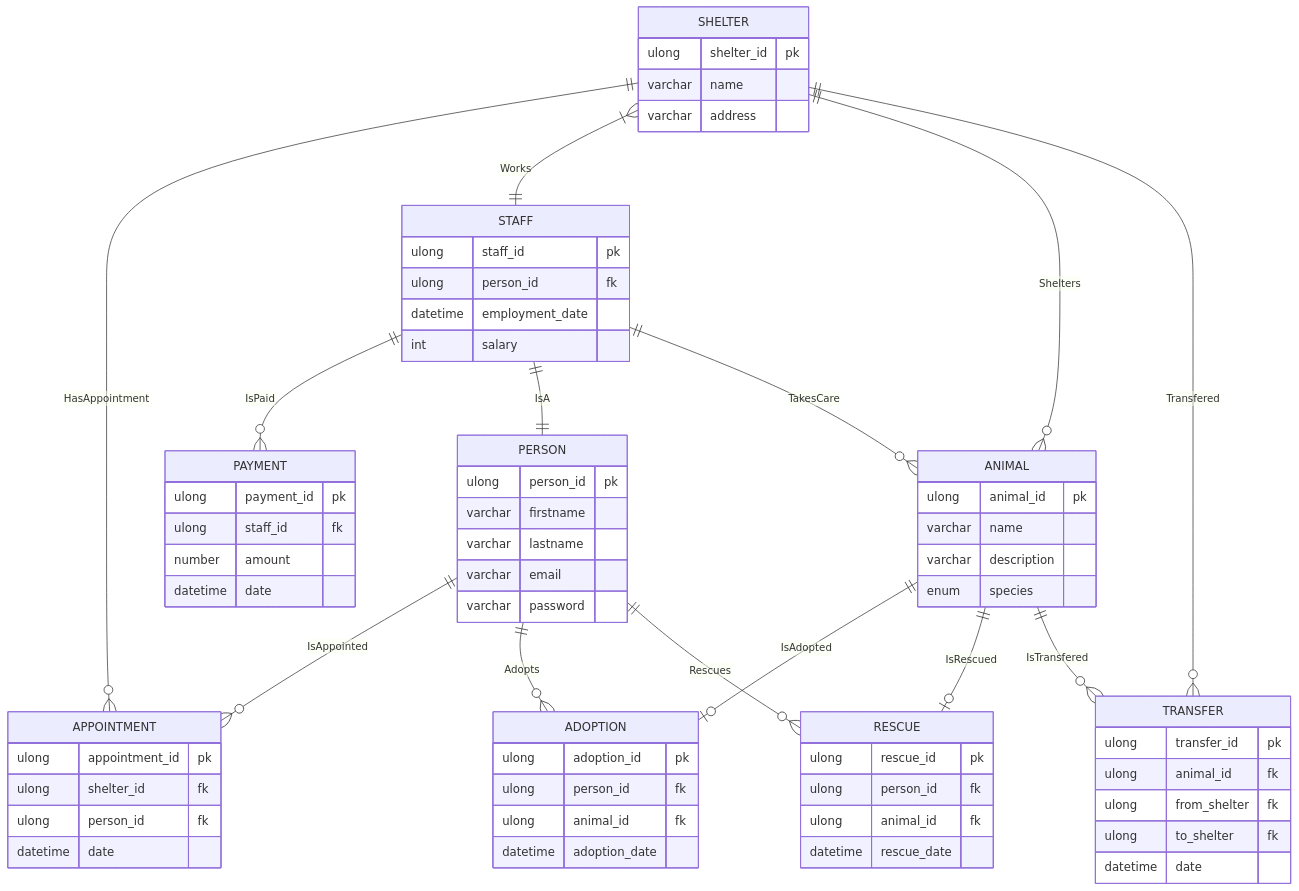
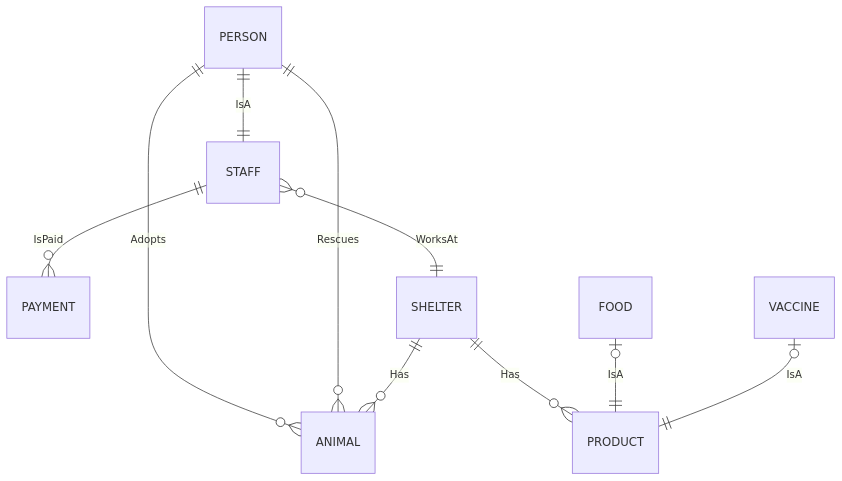
One commit to PVDoriginal/PAO2025 changed the diagram in README.md. Above: the diagram before and after it, drawn with Mermaid. The commit also changed other lines of this file, not shown here.

````diff
--- a/README.md
+++ b/README.md
@@ -22,79 +22,15 @@
 ```mermaid
 erDiagram
-    PERSON ||--o{ APPOINTMENT : IsAppointed
-    SHELTER ||--o{ APPOINTMENT : HasAppointment
-
-    PERSON ||--o{ ADOPTION : Adopts
-    ANIMAL ||--o| ADOPTION : IsAdopted
-
-    PERSON ||--o{ RESCUE : Rescues
-    ANIMAL ||--o| RESCUE : IsRescued
+    PERSON ||--o{ ANIMAL : Adopts
+    PERSON ||--o{ ANIMAL : Rescues
 
     STAFF ||--o{ PAYMENT : IsPaid
+    PERSON ||--|| STAFF : IsA
+    SHELTER ||--o{ PRODUCT:  Has
 
-    STAFF ||--|| PERSON : IsA
-    STAFF ||--o{ ANIMAL : TakesCare
+    STAFF }o--|| SHELTER : WorksAt
+    SHELTER ||--o{ ANIMAL : Has 
 
-    SHELTER }|--|| STAFF : Works
-    SHELTER ||--o{ ANIMAL : Shelters  
-
-    ANIMAL ||--o{ TRANSFER : IsTransfered
-    SHELTER ||--o{ TRANSFER : Transfered
-
-    PERSON {
-      ulong person_id pk
-      varchar firstname
-      varchar lastname
-      varchar email
-      varchar password
-    }
-    ANIMAL {
-      ulong animal_id pk
-      varchar name
-      varchar description
-      enum species
-    }
-    STAFF {
-      ulong staff_id pk 
-      ulong person_id fk
-      datetime employment_date
-      int salary
-    }
-    RESCUE {
-      ulong rescue_id pk 
-      ulong person_id fk
-      ulong animal_id fk
-      datetime rescue_date
-    }
-    ADOPTION {
-      ulong adoption_id pk
-      ulong person_id fk
-      ulong animal_id fk 
-      datetime adoption_date
-    }
-    SHELTER {
-      ulong shelter_id pk
-      varchar name 
-      varchar address
-    }
-    PAYMENT {
-      ulong payment_id pk
-      ulong staff_id fk 
-      number amount
-      datetime date 
-    }
-    APPOINTMENT {
-      ulong appointment_id pk 
-      ulong shelter_id fk
-      ulong person_id fk
-      datetime date 
-    }
-    
-    TRANSFER {
-      ulong transfer_id pk
-      ulong animal_id fk 
-      ulong from_shelter fk
-      ulong to_shelter fk
-      datetime date 
-    }  
+    FOOD |o--|| PRODUCT : IsA
+    VACCINE |o--|| PRODUCT : IsA
 ```
````
